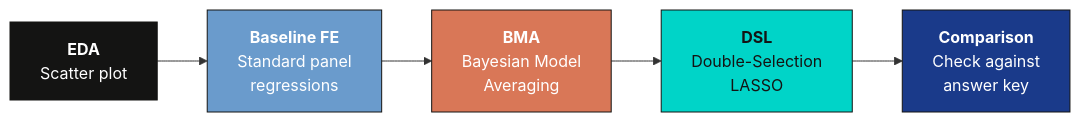
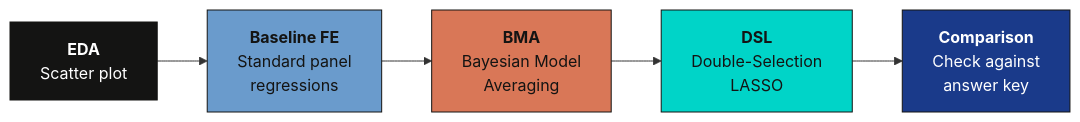
Before and after one commit to cmg777/starter-academic-v501: the first of 4 diagrams in content/post/stata_bma_dsl/index.md, drawn with Mermaid. The commit also changed other lines of this file and 67 other files, not shown here.

First line of the commit message:
fix(mermaid): readable diagram text in both themes across the site

````diff
--- a/content/post/stata_bma_dsl/index.md
+++ b/content/post/stata_bma_dsl/index.md
@@ -247,13 +247,13 @@
 ```mermaid
 graph LR
     A["<b>EDA</b><br/>Scatter plot"] --> B["<b>Baseline FE</b><br/>Standard panel<br/>regressions"]
     B --> C["<b>BMA</b><br/>Bayesian Model<br/>Averaging"]
     C --> D["<b>DSL</b><br/>Double-Selection<br/>LASSO"]
     D --> E["<b>Comparison</b><br/>Check against<br/>answer key"]
 
     style A fill:#141413,stroke:#141413,color:#fff
-    style B fill:#6a9bcc,stroke:#141413,color:#fff
-    style C fill:#d97757,stroke:#141413,color:#fff
+    style B fill:#6a9bcc,stroke:#141413,color:#141413
+    style C fill:#d97757,stroke:#141413,color:#141413
     style D fill:#00d4c8,stroke:#141413,color:#141413
     style E fill:#1a3a8a,stroke:#141413,color:#fff
 ```
````
